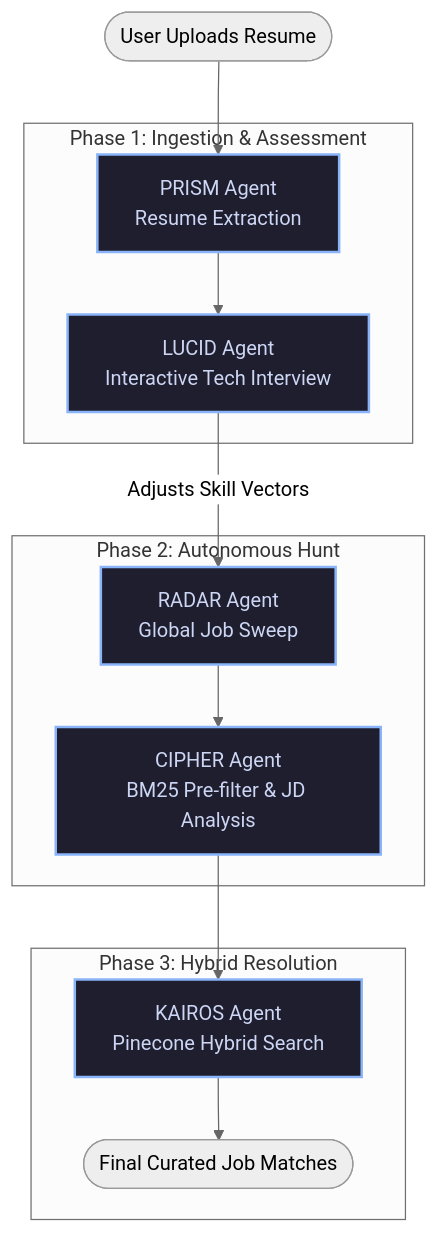
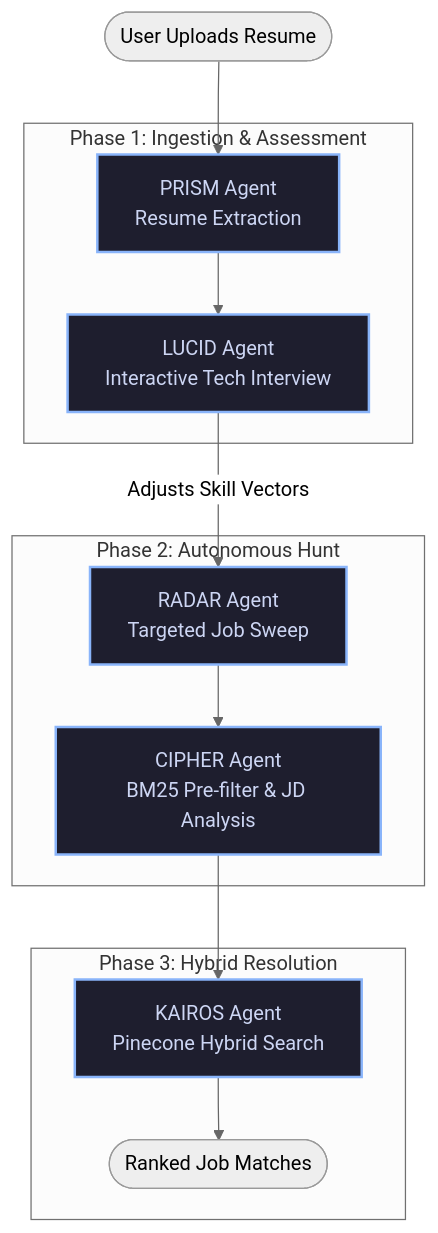
The diagram in README.md (shivamrajput-py/SAMAS), drawn with Mermaid (neutral theme) before and after one commit. The commit also changed other lines of this file, not shown here.

````diff
--- a/README.md
+++ b/README.md
@@ -37,26 +37,26 @@
 ```mermaid
 graph TD
     User([User Uploads Resume]) --> PRISM
     
     subgraph Phase 1: Ingestion & Assessment
         PRISM[PRISM Agent<br/>Resume Extraction] --> LUCID
         LUCID[LUCID Agent<br/>Interactive Tech Interview]
     end
     
     LUCID --> |Adjusts Skill Vectors| RADAR
     
     subgraph Phase 2: Autonomous Hunt
-        RADAR[RADAR Agent<br/>Global Job Sweep] --> CIPHER
+        RADAR[RADAR Agent<br/>Targeted Job Sweep] --> CIPHER
         CIPHER[CIPHER Agent<br/>BM25 Pre-filter & JD Analysis]
     end
     
     CIPHER --> KAIROS
     
     subgraph Phase 3: Hybrid Resolution
-        KAIROS[KAIROS Agent<br/>Pinecone Hybrid Search] --> Output([Final Curated Job Matches])
+        KAIROS[KAIROS Agent<br/>Pinecone Hybrid Search] --> Output([Ranked Job Matches])
     end
 
     %% Architecture Details
     classDef agent fill:#1e1e2e,stroke:#89b4fa,stroke-width:2px,color:#cdd6f4;
     class PRISM,LUCID,RADAR,CIPHER,KAIROS agent;
 ```
````
